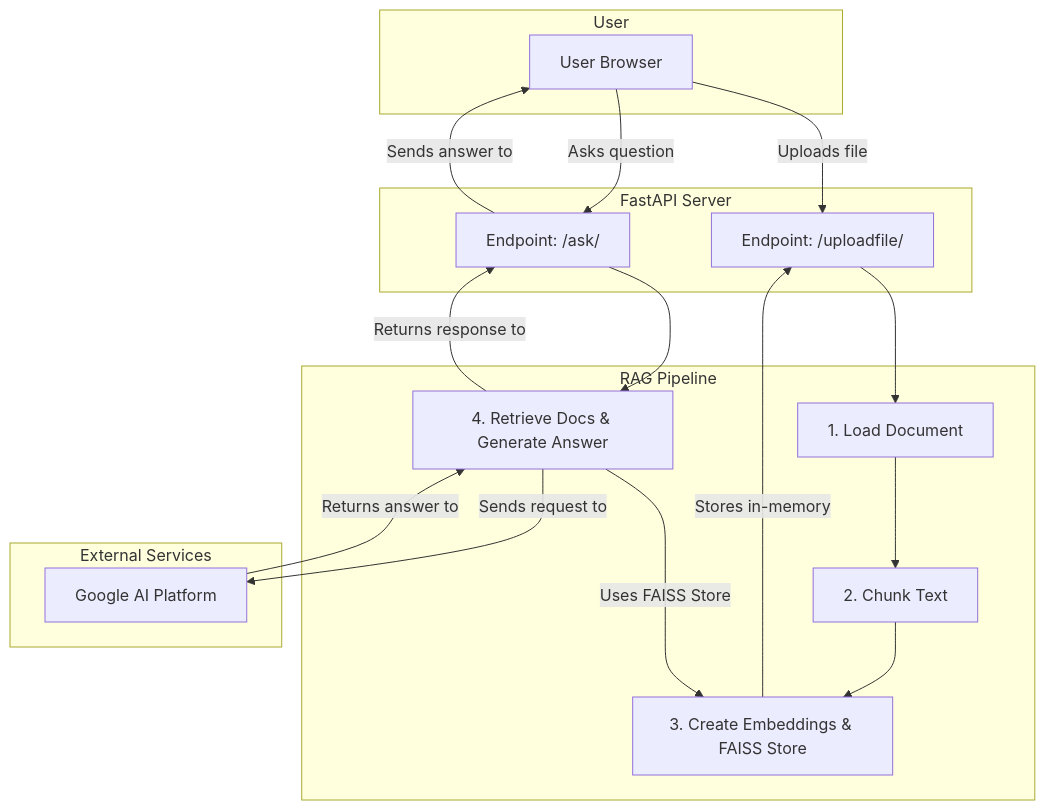
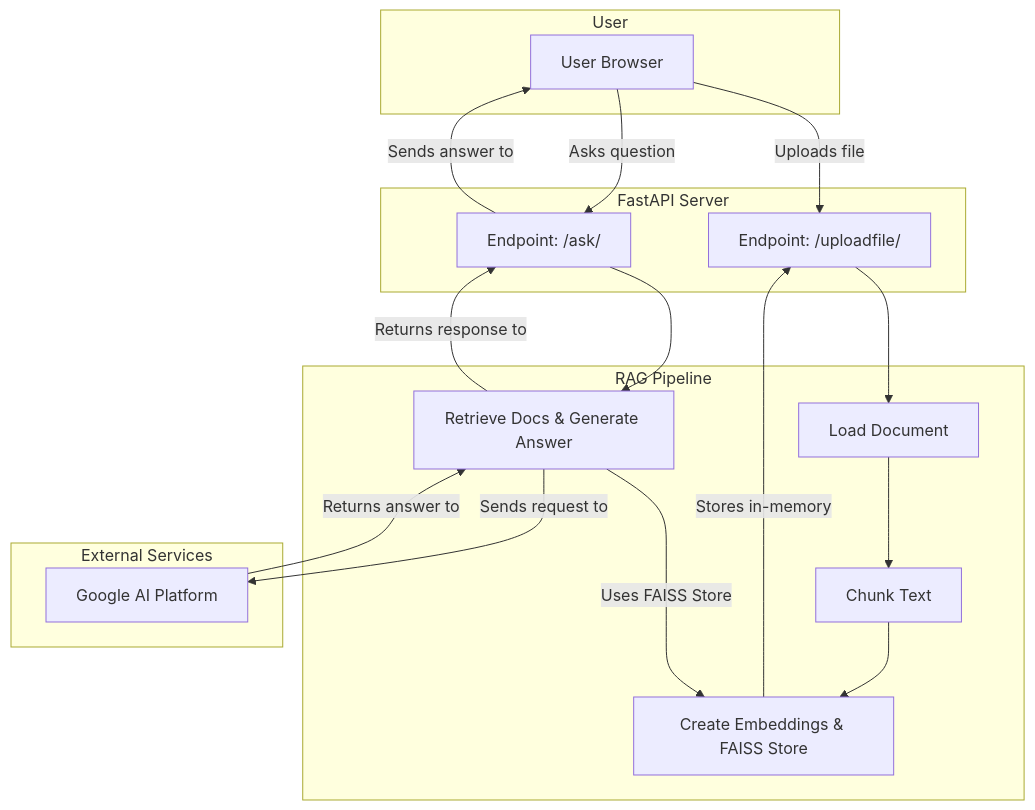
One commit to hemant99911/doc-talk changed the diagram in doc-talk/memory_bank/architecture.md. Above: the diagram before and after it, drawn with Mermaid.

Commit message:
feat: fix for mermaid 2

````diff
--- a/doc-talk/memory_bank/architecture.md
+++ b/doc-talk/memory_bank/architecture.md
@@ -9,37 +9,37 @@
 ```mermaid
 graph TD
     subgraph User
         A[User Browser]
     end
 
     subgraph FastAPI Server
         B[Endpoint: /uploadfile/]
         C[Endpoint: /ask/]
     end
 
     subgraph RAG Pipeline
-        D[1. Load Document]
-        E[2. Chunk Text]
-        F[3. Create Embeddings & FAISS Store]
-        G[4. Retrieve Docs & Generate Answer]
+        D[Load Document]
+        E[Chunk Text]
+        F[Create Embeddings & FAISS Store]
+        G[Retrieve Docs & Generate Answer]
     end
 
     subgraph External Services
         H[Google AI Platform]
     end
 
     A -- Uploads file --> B
     B --> D
     D --> E
     E --> F
     F -- Stores in-memory --> B
 
     A -- Asks question --> C
     C --> G
     G -- Uses FAISS Store --> F
     G -- Sends request to --> H
     H -- Returns answer to --> G
     G -- Returns response to --> C
     C -- Sends answer to --> A
 
 ```
````
